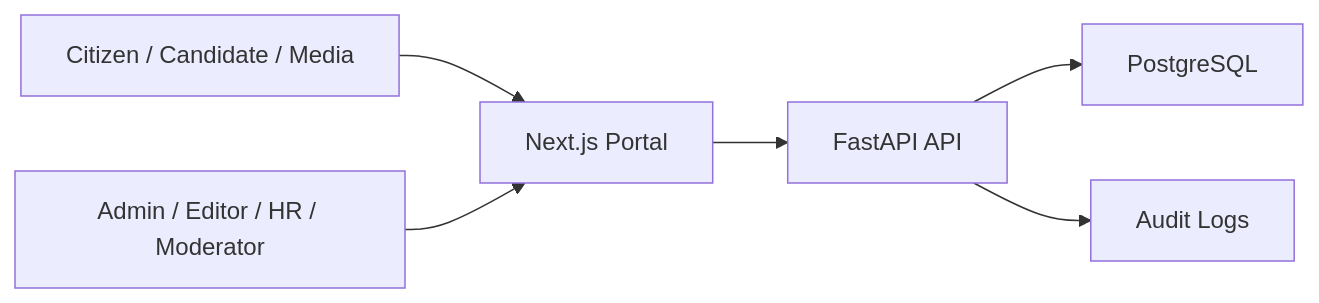
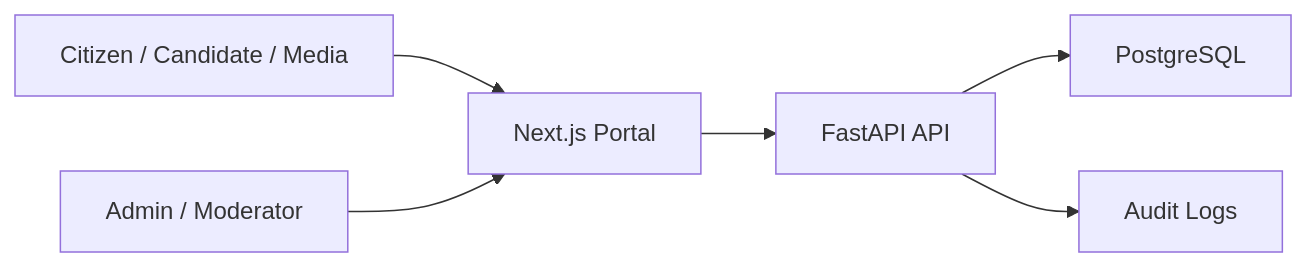
The diagram in docs/ARCHITECTURE.md (ru5t3m/PortalCommittee), drawn with Mermaid before and after one commit. The commit also changed other lines of this file and 56 other files, not shown here.

````diff
--- a/docs/ARCHITECTURE.md
+++ b/docs/ARCHITECTURE.md
@@ -9,8 +11,8 @@
 ```mermaid
 flowchart LR
   Citizen["Citizen / Candidate / Media"] --> Web["Next.js Portal"]
+  Admin["Admin / Moderator"] --> Web
   Web --> API["FastAPI API"]
   API --> DB["PostgreSQL"]
-  Admin["Admin / Editor / HR / Moderator"] --> Web
   API --> Audit["Audit Logs"]
 ```
````
